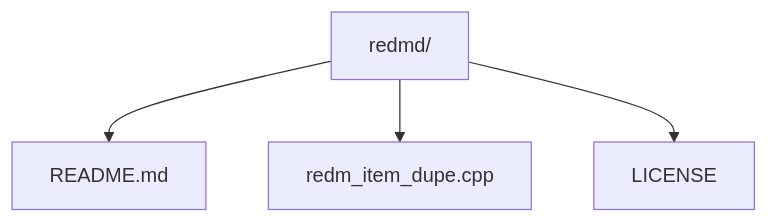
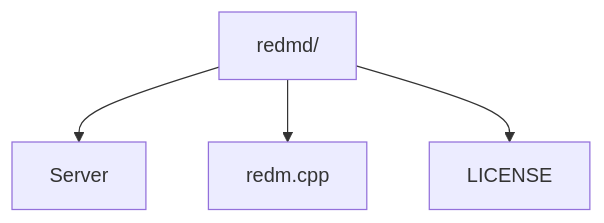
One commit to Petrax21/RedmD changed the diagram in README.md. Above: the diagram before and after it, drawn with Mermaid.

````diff
--- a/README.md
+++ b/README.md
@@ -60,6 +60,6 @@
 ```mermaid
 graph TD
-    A[redmd/] --> B[README.md]
-    A --> C[redm_item_dupe.cpp]
+    A[redmd/] --> B[Server]
+    A --> C[redm.cpp]
     A --> D[LICENSE]
 ```
````
